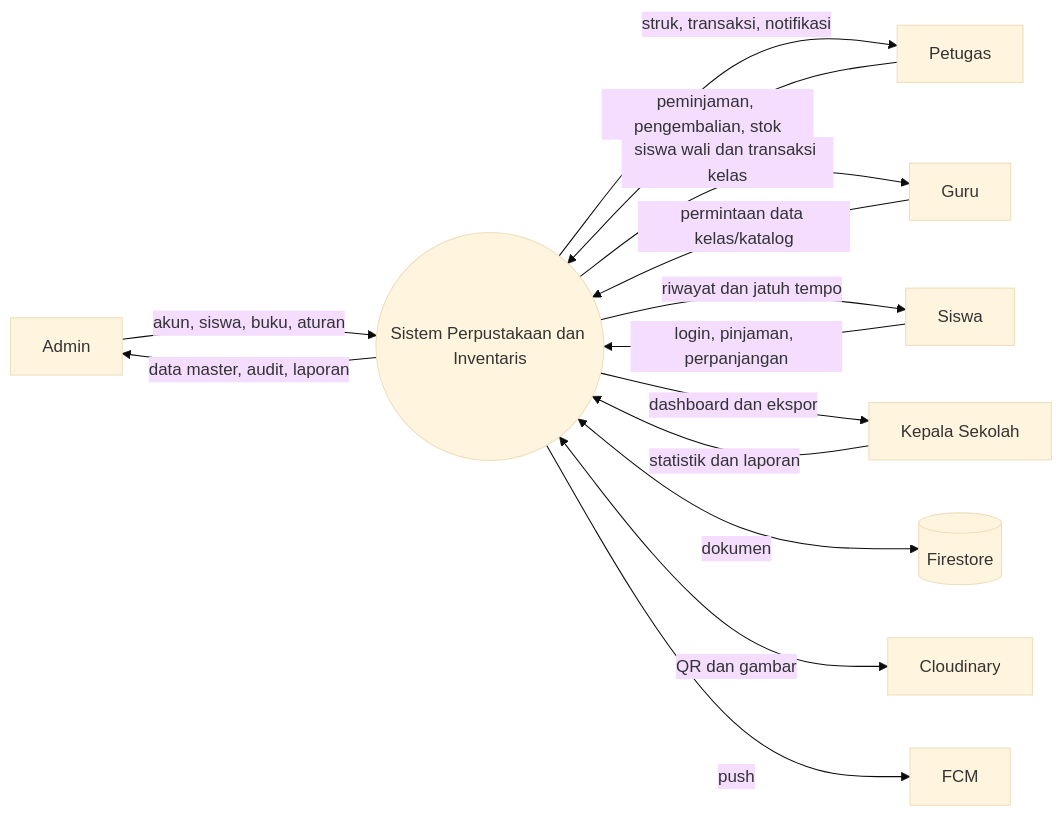
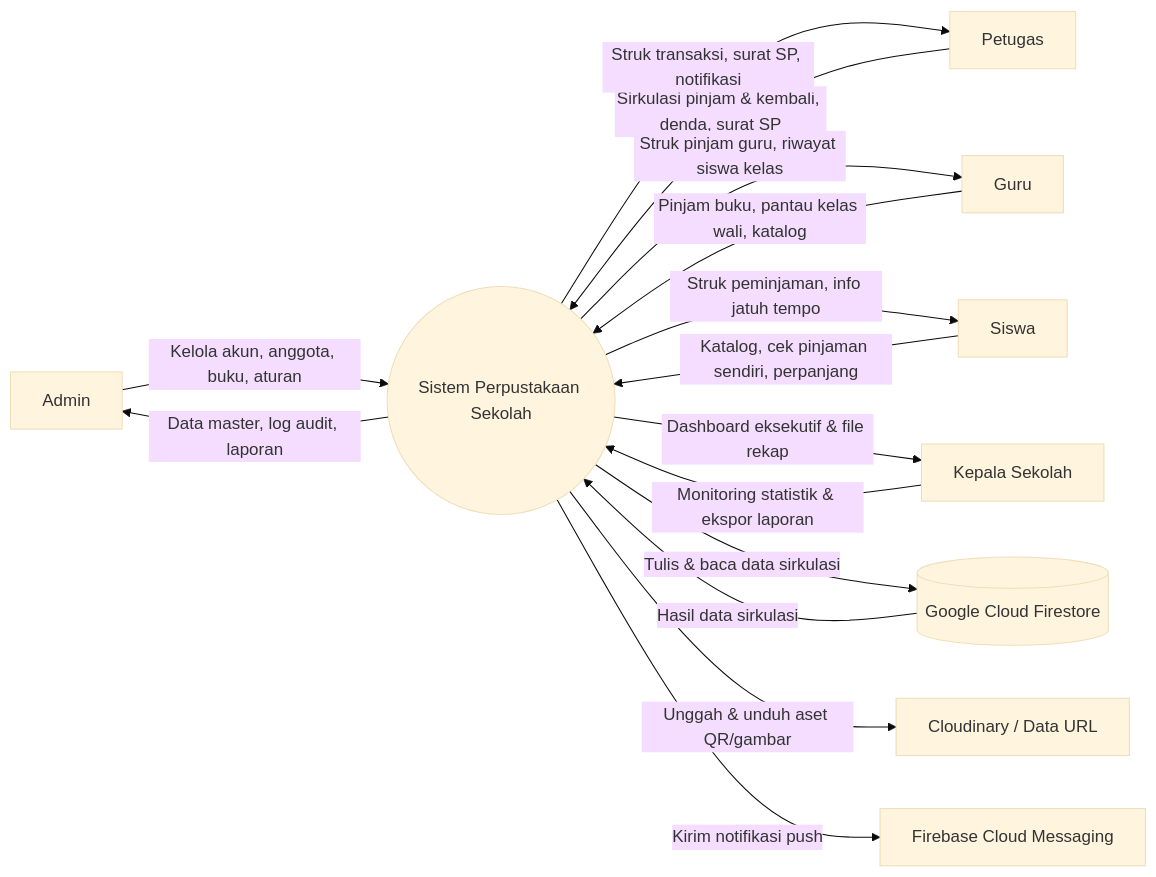
The third of 16 diagrams in Readme.md (karinatantri/Perpustakaan), drawn with Mermaid (base theme) before and after one commit. The commit also changed other lines of this file and 27 other files, not shown here.

````diff
--- a/Readme.md
+++ b/Readme.md
@@ -225,16 +261,19 @@
 ```mermaid
 flowchart LR
-  A[Admin] -->|akun, siswa, buku, aturan| SYS((Sistem Perpustakaan dan Inventaris))
-  O[Petugas] -->|peminjaman, pengembalian, stok| SYS
-  T[Guru] -->|permintaan data kelas/katalog| SYS
-  S[Siswa] -->|login, pinjaman, perpanjangan| SYS
-  P[Kepala Sekolah] -->|statistik dan laporan| SYS
-  SYS -->|data master, audit, laporan| A
-  SYS -->|struk, transaksi, notifikasi| O
-  SYS -->|siswa wali dan transaksi kelas| T
-  SYS -->|riwayat dan jatuh tempo| S
-  SYS -->|dashboard dan ekspor| P
-  SYS <-->|dokumen| DB[(Firestore)]
-  SYS <-->|QR dan gambar| CL[Cloudinary]
-  SYS -->|push| FCM[FCM]
+  A["Admin"] -->|"Kelola akun, anggota, buku, aturan"| SYS(("Sistem Perpustakaan Sekolah"))
+  O["Petugas"] -->|"Sirkulasi pinjam & kembali, denda, surat SP"| SYS
+  T["Guru"] -->|"Pinjam buku, pantau kelas wali, katalog"| SYS
+  S["Siswa"] -->|"Katalog, cek pinjaman sendiri, perpanjang"| SYS
+  P["Kepala Sekolah"] -->|"Monitoring statistik & ekspor laporan"| SYS
+
+  SYS -->|"Data master, log audit, laporan"| A
+  SYS -->|"Struk transaksi, surat SP, notifikasi"| O
+  SYS -->|"Struk pinjam guru, riwayat siswa kelas"| T
+  SYS -->|"Struk peminjaman, info jatuh tempo"| S
+  SYS -->|"Dashboard eksekutif & file rekap"| P
+
+  SYS -->|"Tulis & baca data sirkulasi"| DB[("Google Cloud Firestore")]
+  DB -->|"Hasil data sirkulasi"| SYS
+  SYS -->|"Unggah & unduh aset QR/gambar"| CL["Cloudinary / Data URL"]
+  SYS -->|"Kirim notifikasi push"| FCM["Firebase Cloud Messaging"]
 ```
````
